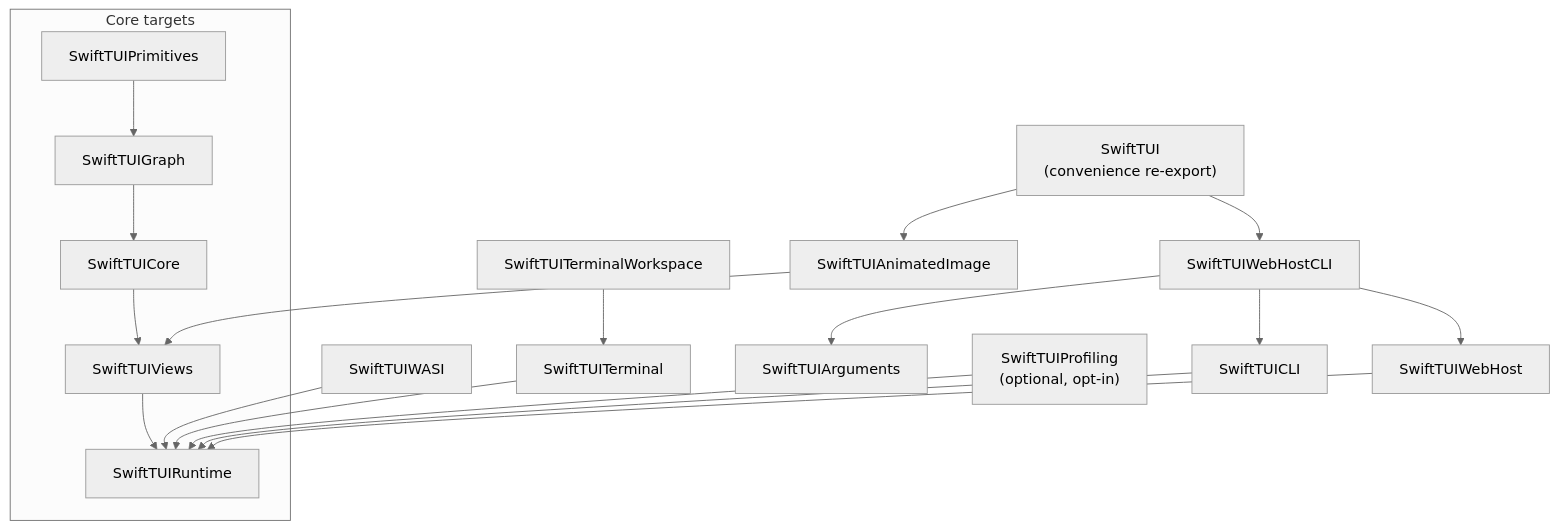
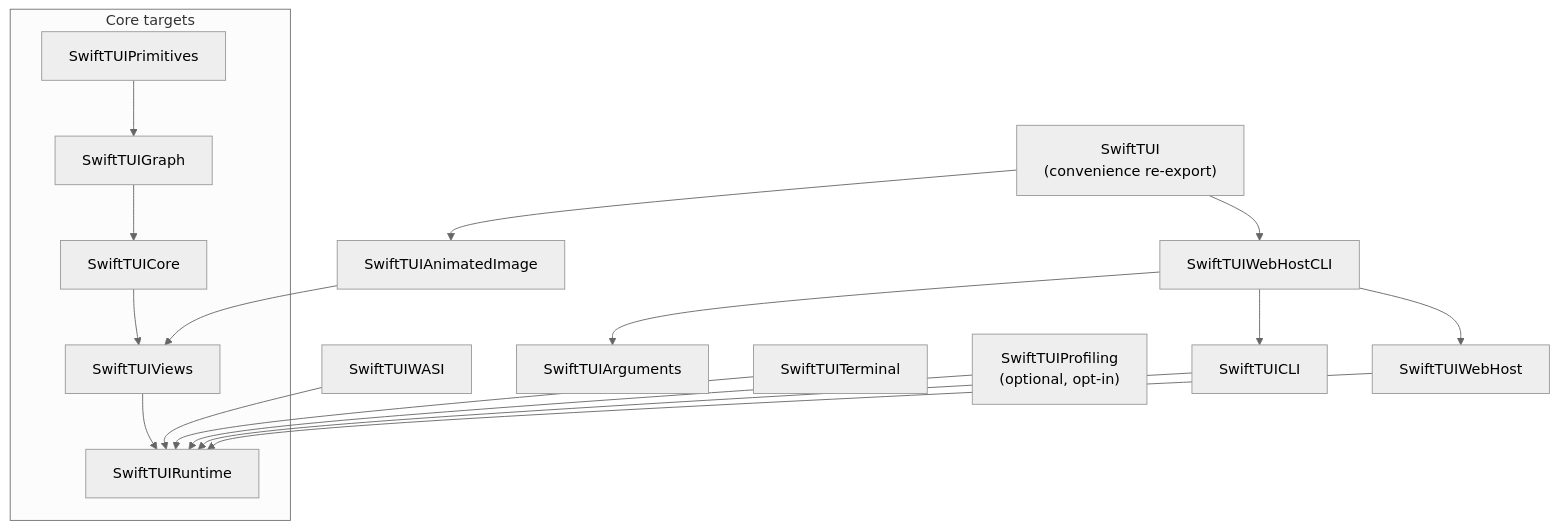
The second of 2 diagrams in docs/ARCHITECTURE.md (SwiftTUI/swift-tui), drawn with Mermaid (neutral theme) before and after one commit. The commit also changed other lines of this file and 37 other files, not shown here.

First line of the commit message:
refactor(embedding)!: move the terminal-workspace layer to swift-tui-examples

````diff
--- a/docs/ARCHITECTURE.md
+++ b/docs/ARCHITECTURE.md
@@ -41,30 +41,29 @@
 ```mermaid
 flowchart TD
     subgraph engine["Core targets"]
         SwiftTUIPrimitives
         SwiftTUIGraph
         SwiftTUICore
         SwiftTUIViews
         SwiftTUIRuntime
     end
     SwiftTUIPrimitives --> SwiftTUIGraph
     SwiftTUIGraph --> SwiftTUICore
     SwiftTUICore --> SwiftTUIViews
     SwiftTUIViews --> SwiftTUIRuntime
 
     SwiftTUIArguments
     SwiftTUICLI --> SwiftTUIRuntime
     SwiftTUI["SwiftTUI<br/>(convenience re-export)"]
     SwiftTUI --> SwiftTUIWebHostCLI
     SwiftTUI --> SwiftTUIAnimatedImage
 
     SwiftTUIWASI --> SwiftTUIRuntime
     SwiftTUIWebHost --> SwiftTUIRuntime
     SwiftTUIWebHostCLI --> SwiftTUIWebHost
     SwiftTUIWebHostCLI --> SwiftTUICLI
     SwiftTUIWebHostCLI --> SwiftTUIArguments
     SwiftTUITerminal --> SwiftTUIRuntime
-    SwiftTUITerminalWorkspace --> SwiftTUITerminal
     SwiftTUIAnimatedImage --> SwiftTUIViews
     SwiftTUIProfiling["SwiftTUIProfiling<br/>(optional, opt-in)"] --> SwiftTUIRuntime
 ```
````
